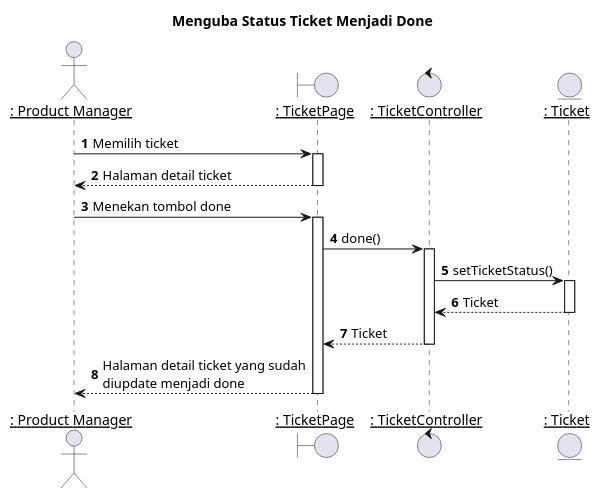
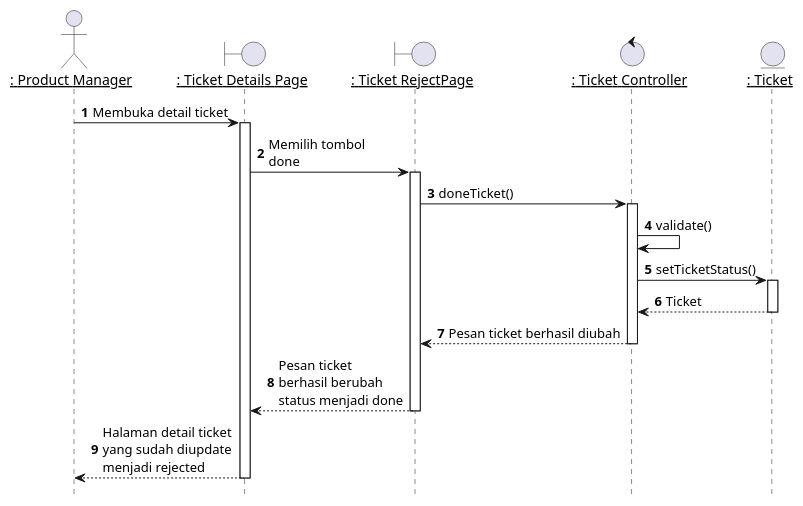
The diagram in plantuml/sequence/ipm/ipm8.puml (TAS-PKL/Laporan-PKL-Ticketing), drawn with PlantUML before and after one commit. The commit also changed other lines of this file and 47 other files, not shown here.

```diff
--- a/plantuml/sequence/ipm/ipm8.puml
+++ b/plantuml/sequence/ipm/ipm8.puml
@@ -1,38 +1,42 @@
-@startuml Menguba Status Ticket Menjadi Done
+@startuml Mengubah Status Ticket Menjadi Done
 
-title "Menguba Status Ticket Menjadi Done"
+' title "Mengubah Status Ticket Menjadi Done"
+hide footbox
 
 actor IPM as "__: Product Manager__"
-boundary TicketPage as "__: TicketPage__"
-control TicketController as "__: TicketController__"
+boundary TicketPage as "__: Ticket Details Page__"
+boundary TicketRejectPage as "__: Ticket RejectPage__"
+control TicketController as "__: Ticket Controller__"
 entity Ticket as "__: Ticket__"
 
 autonumber 1
 'list
-IPM -> TicketPage: Memilih ticket
+IPM -> TicketPage: Membuka detail ticket
 activate TicketPage
 
-TicketPage --> IPM: Halaman detail ticket
-deactivate TicketPage
+TicketPage -> TicketRejectPage : Memilih tombol\ndone
+activate TicketRejectPage
 
-'Menutup ticket
-IPM -> TicketPage: Menekan tombol done
-activate TicketPage
 
-TicketPage -> TicketController: done()
+TicketRejectPage -> TicketController: doneTicket()
 activate TicketController
+
+TicketController -> TicketController: validate()
 
 TicketController -> Ticket: setTicketStatus()
 activate Ticket
 
 Ticket --> TicketController : Ticket
 deactivate Ticket
 
-TicketController --> TicketPage : Ticket
+TicketController --> TicketRejectPage : Pesan ticket berhasil diubah
 deactivate TicketController
 
-TicketPage --> IPM : Halaman detail ticket yang sudah\ndiupdate menjadi done
+TicketRejectPage --> TicketPage : Pesan ticket\nberhasil berubah\nstatus menjadi done
+deactivate TicketRejectPage
+
+TicketPage --> IPM : Halaman detail ticket\nyang sudah diupdate\nmenjadi rejected
 deactivate TicketPage
 
 
 @enduml
```
